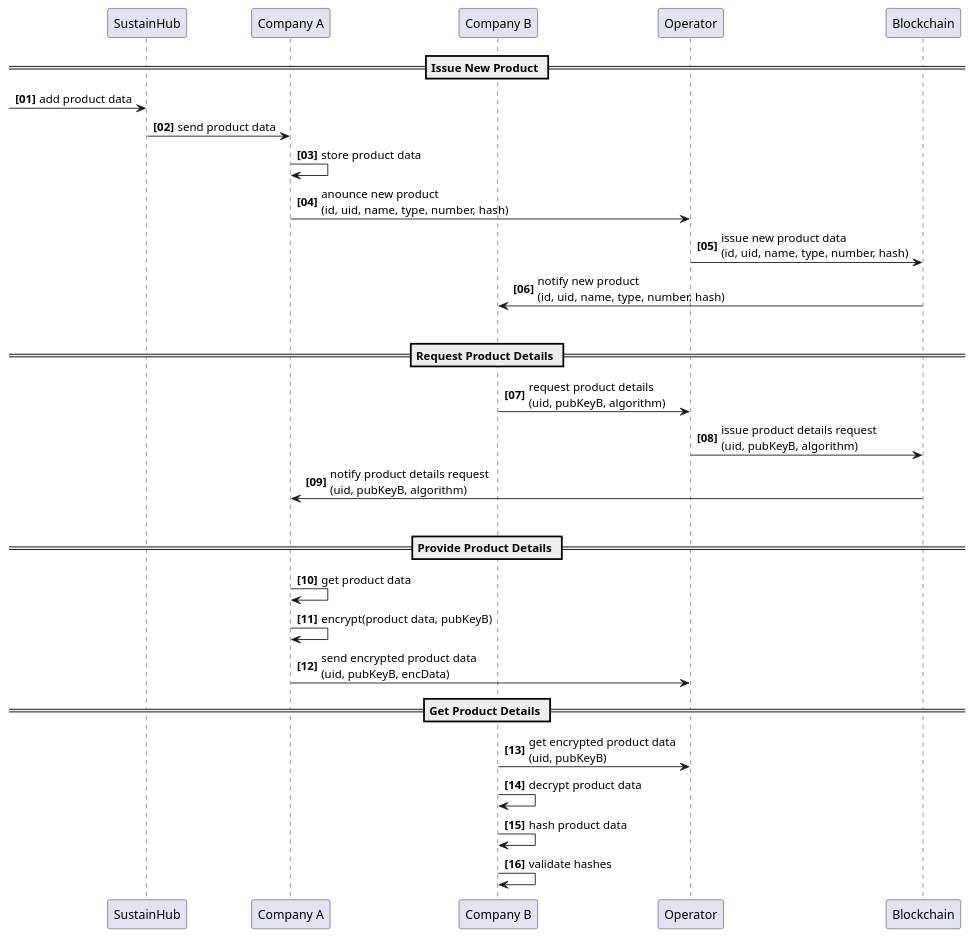
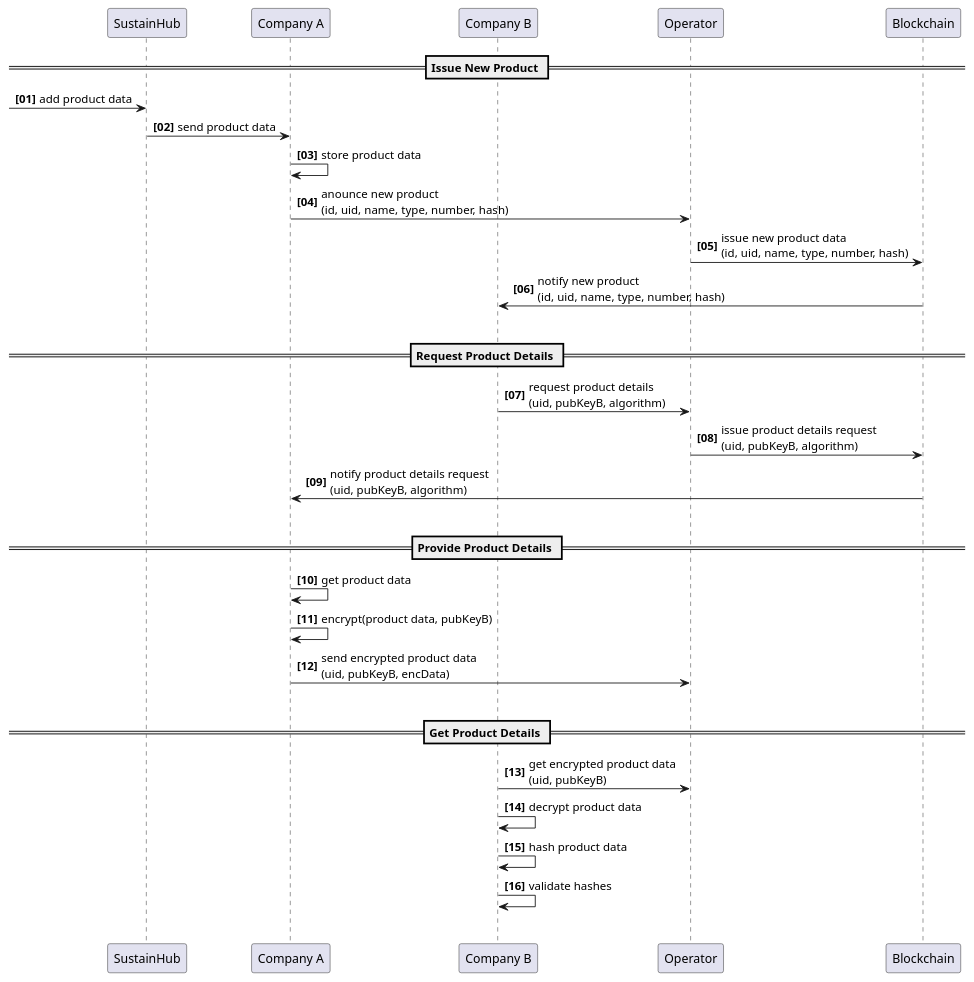
Before and after one commit to chainstep/dibichain-demo: the diagram in docs/plantuml/src/flow.puml, drawn with PlantUML. The commit also changed 2 other files, not shown here.

```diff
--- a/docs/plantuml/src/flow.puml
+++ b/docs/plantuml/src/flow.puml
@@ -1,41 +1,43 @@
 @startuml
 autonumber "<b>[00]"
 
 participant "SustainHub" as SUS
 participant "Company A" as COMPA
 participant "Company B" as COMPB
 participant "Operator" as OP
 participant "Blockchain" as BC
 
 
 == Issue New Product ==
 
 -> SUS: add product data
 SUS -> COMPA: send product data
 COMPA -> COMPA: store product data
 COMPA -> OP: anounce new product\n(id, uid, name, type, number, hash)
 OP -> BC: issue new product data\n(id, uid, name, type, number, hash)
 BC -> COMPB: notify new product\n(id, uid, name, type, number, hash)
 |||
 
 == Request Product Details ==
 
 COMPB -> OP: request product details\n(uid, pubKeyB, algorithm)
 OP -> BC: issue product details request\n(uid, pubKeyB, algorithm)
 BC -> COMPA: notify product details request\n(uid, pubKeyB, algorithm)
 |||
 
 == Provide Product Details ==
 
 COMPA -> COMPA: get product data
 COMPA -> COMPA: encrypt(product data, pubKeyB)
 COMPA -> OP: send encrypted product data\n(uid, pubKeyB, encData)
+|||
 
 == Get Product Details ==
 
 COMPB -> OP: get encrypted product data\n(uid, pubKeyB)
 COMPB -> COMPB: decrypt product data
 COMPB -> COMPB: hash product data
 COMPB -> COMPB: validate hashes
+|||
 
 @enduml
```
